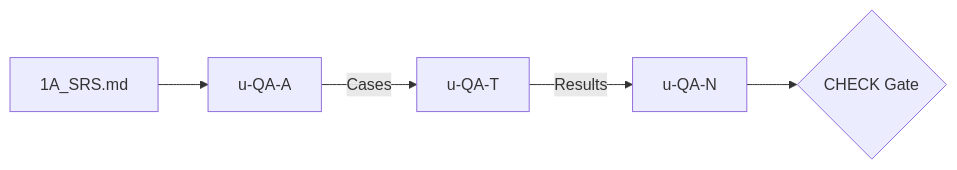
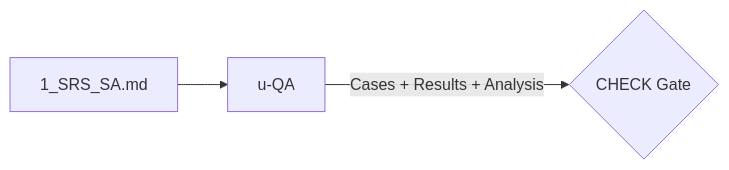
The fifth of 6 diagrams in references/pdca-workflow.md (upleat-ax/u-maker-plugin), drawn with Mermaid before and after one commit. The commit also changed other lines of this file and 61 other files, not shown here.

````diff
--- a/references/pdca-workflow.md
+++ b/references/pdca-workflow.md
@@ -150,7 +159,5 @@
 ```mermaid
 flowchart LR
-    SRS[1A_SRS.md] --> QAA[u-QA-A]
-    QAA -->|Cases| QAT[u-QA-T]
-    QAT -->|Results| QAN[u-QA-N]
-    QAN --> GATE{CHECK Gate}
+    SRS[1_SRS_SA.md] --> QA[u-QA]
+    QA -->|Cases + Results + Analysis| GATE{CHECK Gate}
 ```
````
